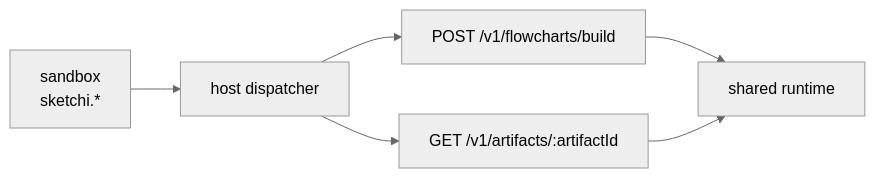
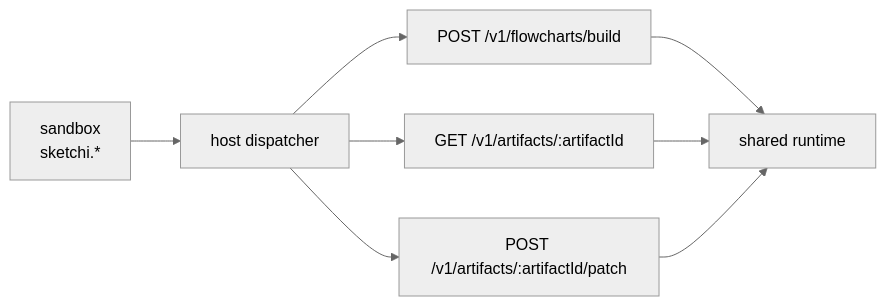
One commit to anand-testcompare/sketchi-v2-lab changed the fifth of 17 diagrams in docs/mcp-tool-catalog.md. Above: the diagram before and after it, drawn with Mermaid (neutral theme). The commit also changed other lines of this file, not shown here.

Commit message:
docs: add diagram patch contract (#30)

````diff
--- a/docs/mcp-tool-catalog.md
+++ b/docs/mcp-tool-catalog.md
@@ -228,14 +257,17 @@
 ```mermaid
 flowchart LR
   Code["sandbox<br/>sketchi.*"]
   Dispatcher["host dispatcher"]
   Build["POST /v1/flowcharts/build"]
   Artifact["GET /v1/artifacts/:artifactId"]
+  Patch["POST /v1/artifacts/:artifactId/patch"]
   Runtime["shared runtime"]
 
   Code --> Dispatcher
   Dispatcher --> Build
   Dispatcher --> Artifact
+  Dispatcher --> Patch
   Build --> Runtime
   Artifact --> Runtime
+  Patch --> Runtime
 ```
````
